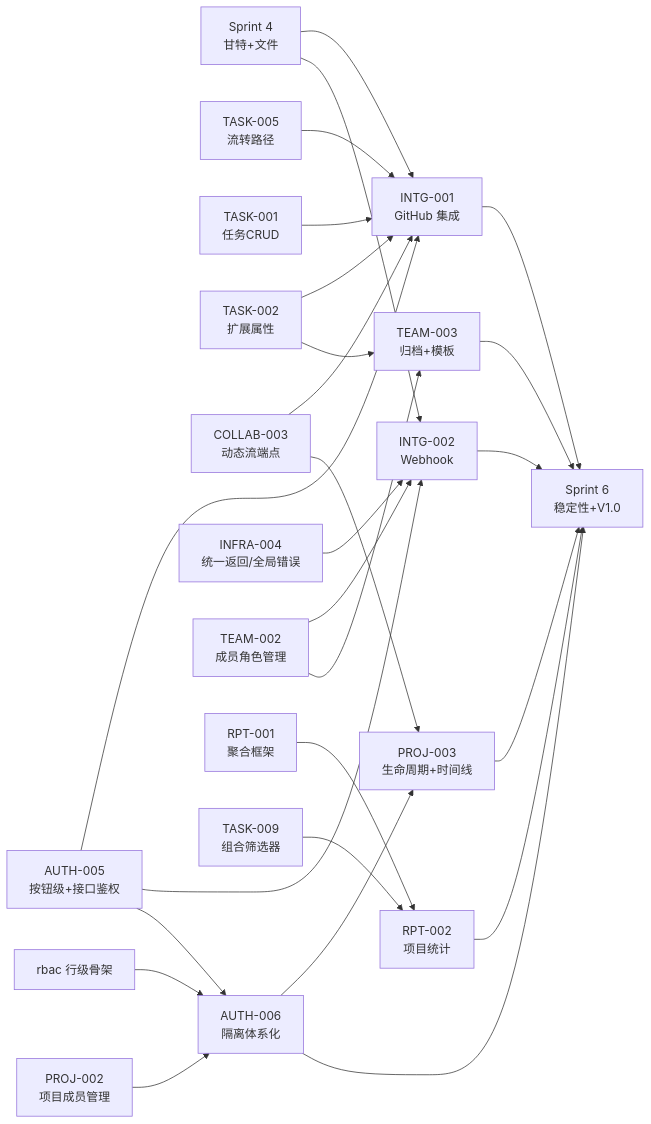
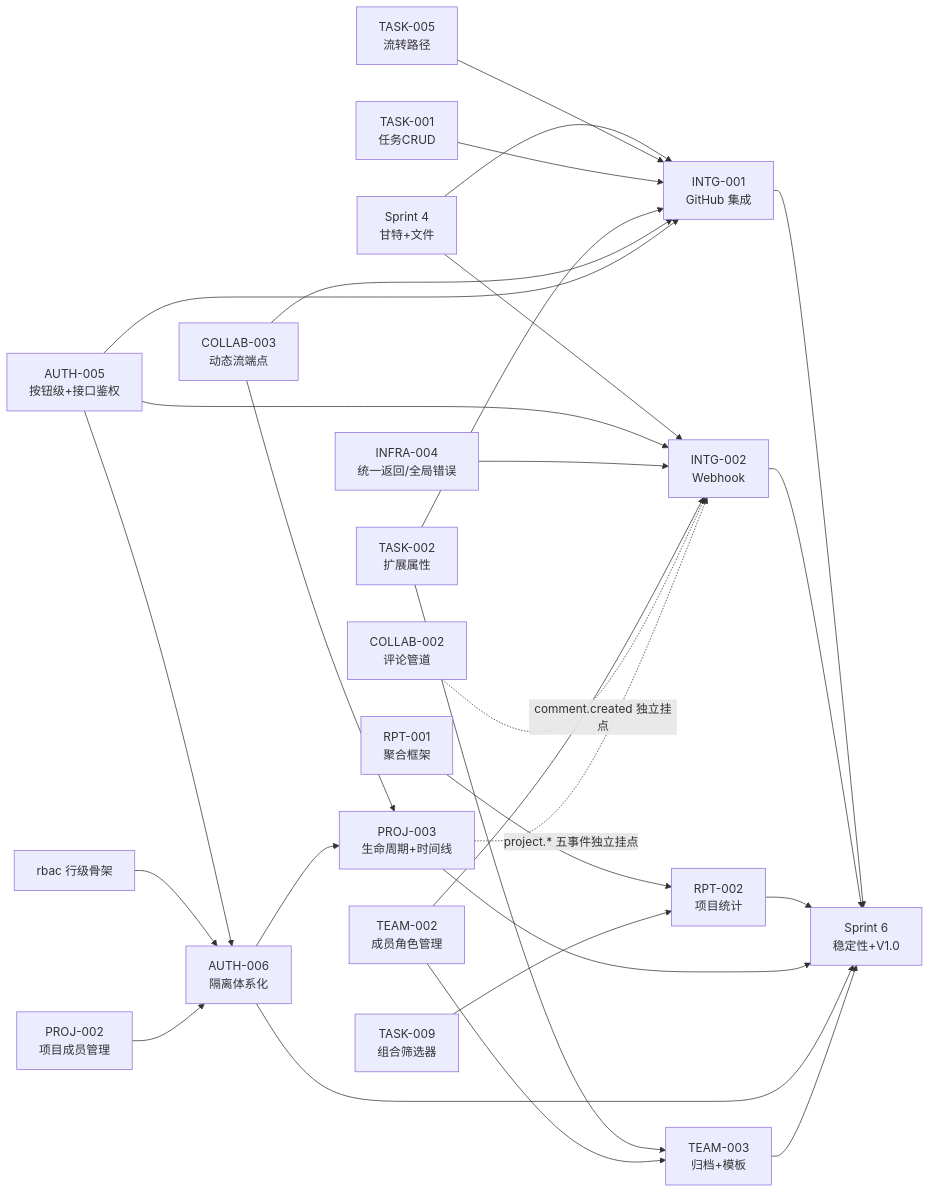
One commit to RabbitAI-Lab/RabbitProjects changed the diagram in docs/sprint-5-integration-standard/sprint-overview.md. Above: the diagram before and after it, drawn with Mermaid. The commit also changed other lines of this file and 4 other files, not shown here.

````diff
--- a/docs/sprint-5-integration-standard/sprint-overview.md
+++ b/docs/sprint-5-integration-standard/sprint-overview.md
@@ -26,28 +26,30 @@
 ```mermaid
 flowchart LR
     S4["Sprint 4<br/>甘特+文件"] --> G1["INTG-001<br/>GitHub 集成"]
     S4 --> W2["INTG-002<br/>Webhook"]
     T005["TASK-005<br/>流转路径"] --> G1
     T001["TASK-001<br/>任务CRUD"] --> G1
     T02X["TASK-002<br/>扩展属性"] --> G1
     T02X --> T3["TEAM-003<br/>归档+模板"]
     C003["COLLAB-003<br/>动态流端点"] --> G1
     C003 --> P3["PROJ-003<br/>生命周期+时间线"]
     A5["AUTH-005<br/>按钮级+接口鉴权"] --> G1
     A5 --> W2
     A5 --> A6["AUTH-006<br/>隔离体系化"]
     INF4["INFRA-004<br/>统一返回/全局错误"] --> W2
     TM2["TEAM-002<br/>成员角色管理"] --> W2
     TM2 --> T3
     RBAC["rbac 行级骨架"] --> A6
     P2["PROJ-002<br/>项目成员管理"] --> A6
     A6 --> P3
     R001["RPT-001<br/>聚合框架"] --> R2["RPT-002<br/>项目统计"]
     T009["TASK-009<br/>组合筛选器"] --> R2
     G1 --> S6["Sprint 6<br/>稳定性+V1.0"]
     W2 --> S6
     R2 --> S6
     P3 --> S6
     A6 --> S6
     T3 --> S6
+    C002["COLLAB-002<br/>评论管道"] -. "comment.created 独立挂点" .-> W2
+    P3 -. "project.* 五事件独立挂点" .-> W2
 ```
````
